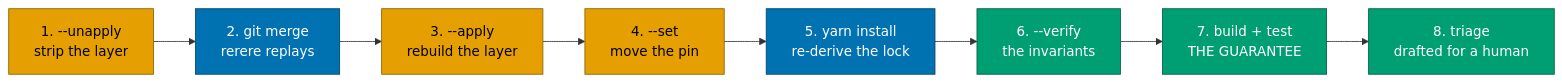
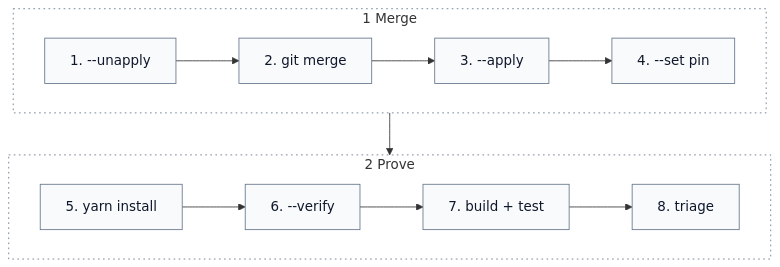
Before and after one commit to hyperi-io/dfe-hyperdx: the second of 3 diagrams in docs/fork/sync-cycle.md, drawn with Mermaid. The commit also changed other lines of this file and 24 other files, not shown here.

First line of the commit message:
docs(hyperdx): fix claims and redraw the fork docs diagrams

````diff
--- a/docs/fork/sync-cycle.md
+++ b/docs/fork/sync-cycle.md
@@ -62,17 +78,19 @@
 ```mermaid
-flowchart LR
-    strip["1. --unapply<br/>strip the layer"] --> merge["2. git merge<br/>rerere replays"]
-    merge --> apply["3. --apply<br/>rebuild the layer"]
-    apply --> pin["4. --set<br/>move the pin"]
-    pin --> install["5. yarn install<br/>re-derive the lock"]
-    install --> verify["6. --verify<br/>the invariants"]
-    verify --> gate["7. build + test<br/>THE GUARANTEE"]
-    gate --> triage["8. triage<br/>drafted for a human"]
+flowchart TB
+    accTitle: L4 Detail -- The sync cycle
+    accDescr: Merge runs four steps, unapply the security layer, git merge with rerere replaying, apply the layer and set the pin. Prove runs four more, yarn install to re-derive the lock, verify the invariants, build and test, and triage for a human.
 
-    classDef layer fill:#E69F00,stroke:#8a6100,color:#000000
-    classDef git fill:#0072B2,stroke:#00456b,color:#ffffff
-    classDef check fill:#009E73,stroke:#005f45,color:#ffffff
-    class strip,apply,pin layer
-    class merge,install git
-    class verify,gate,triage check
+    subgraph merge["1 Merge"]
+        direction LR
+        strip["1. --unapply"] --> gitmerge["2. git merge"] --> apply["3. --apply"] --> pin["4. --set pin"]
+    end
+    subgraph prove["2 Prove"]
+        direction LR
+        install["5. yarn install"] --> verify["6. --verify"] --> gate["7. build + test"] --> triage["8. triage"]
+    end
+    merge --> prove
+
+    classDef default fill:#F8FAFC,stroke:#64748B,stroke-width:1px,color:#0F172A
+    classDef group fill:none,stroke:#64748B,stroke-width:1px,stroke-dasharray:2 4
+    class merge,prove group
 ```
````
